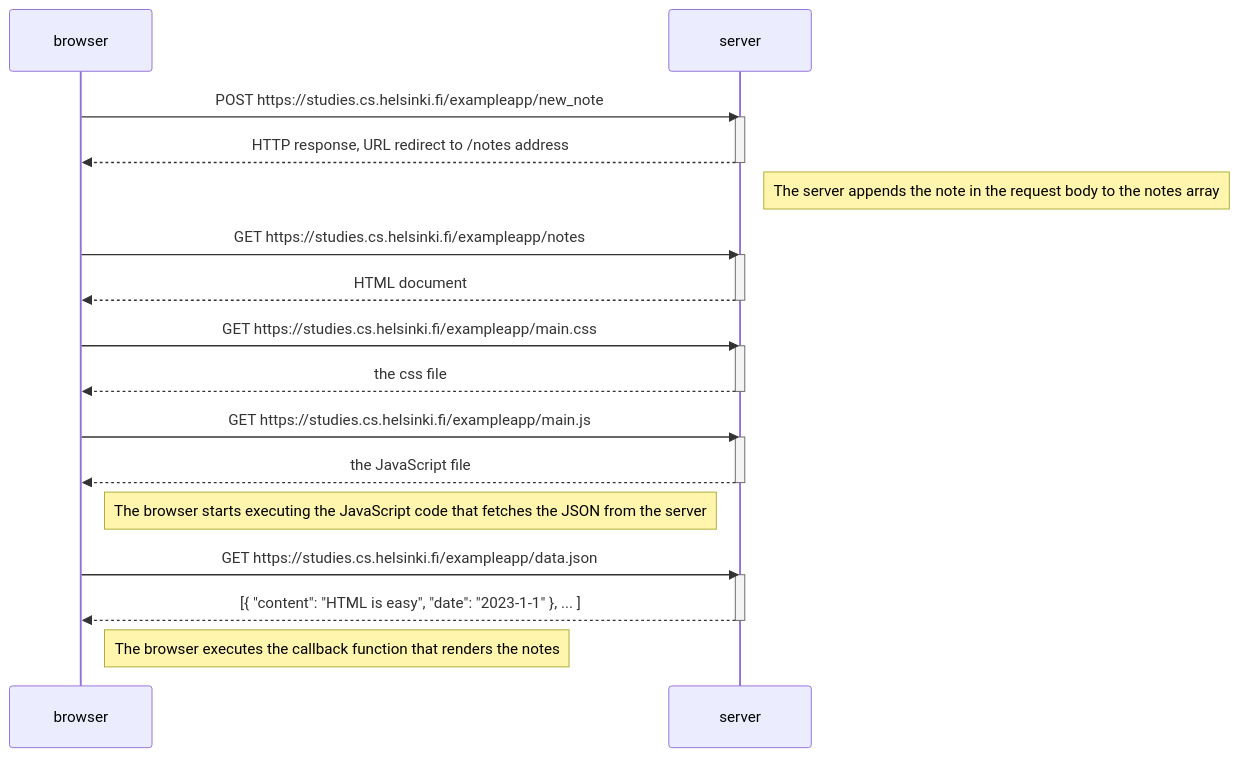
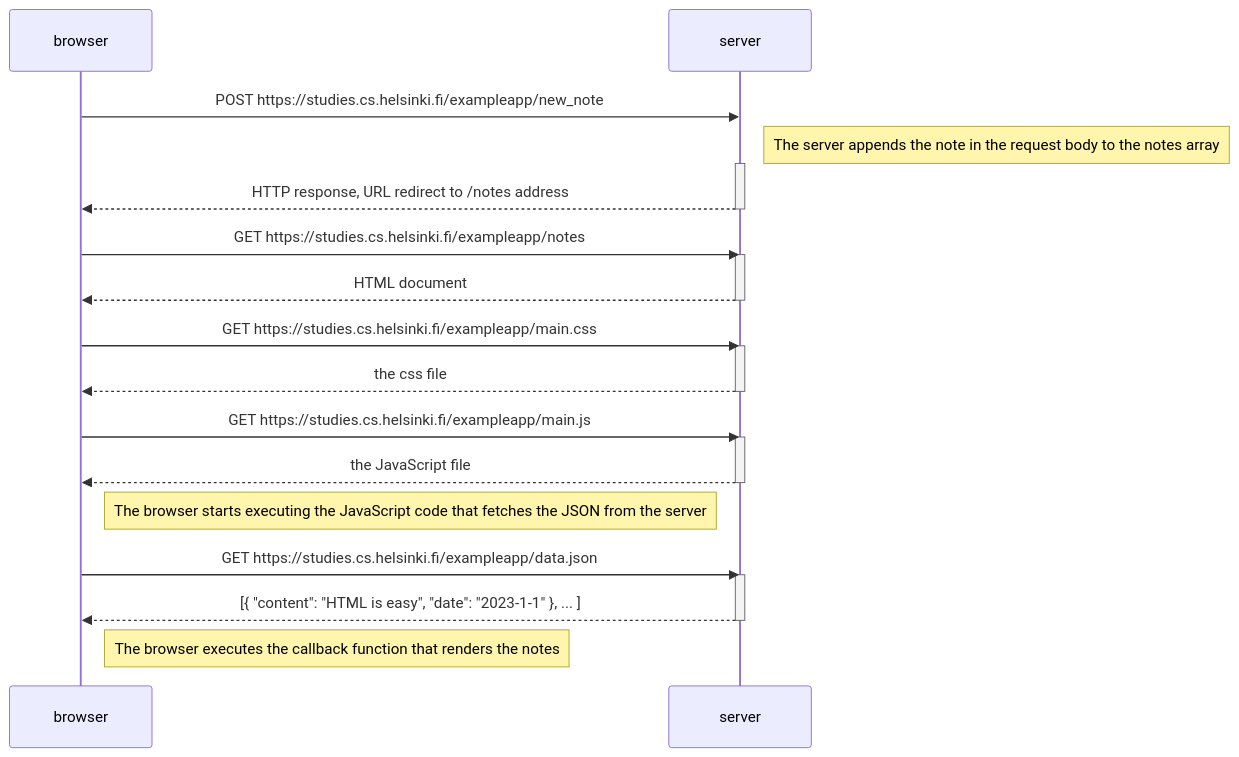
One commit to jrmpo/fullstackopen changed the diagram in part0/README.md. Above: the diagram before and after it, drawn with Mermaid. The commit also changed other lines of this file, not shown here.

````diff
--- a/part0/README.md
+++ b/part0/README.md
@@ -3,35 +3,35 @@
 ```mermaid
 sequenceDiagram
     participant browser
     participant server
 
     browser->>server: POST https://studies.cs.helsinki.fi/exampleapp/new_note
+    Note right of server: The server appends the note in the request body to the notes array
     activate server
     server-->>browser: HTTP response, URL redirect to /notes address
     deactivate server
-    Note right of server: The server appends the note in the request body to the notes array
 
     browser->>server: GET https://studies.cs.helsinki.fi/exampleapp/notes
     activate server
     server-->>browser: HTML document
     deactivate server
 
     browser->>server: GET https://studies.cs.helsinki.fi/exampleapp/main.css
     activate server
     server-->>browser: the css file
     deactivate server
 
     browser->>server: GET https://studies.cs.helsinki.fi/exampleapp/main.js
     activate server
     server-->>browser: the JavaScript file
     deactivate server
 
     Note right of browser: The browser starts executing the JavaScript code that fetches the JSON from the server
 
     browser->>server: GET https://studies.cs.helsinki.fi/exampleapp/data.json
     activate server
     server-->>browser: [{ "content": "HTML is easy", "date": "2023-1-1" }, ... ]
     deactivate server
 
     Note right of browser: The browser executes the callback function that renders the notes
 ```
````
